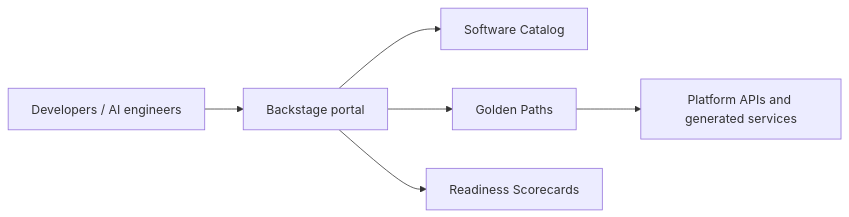
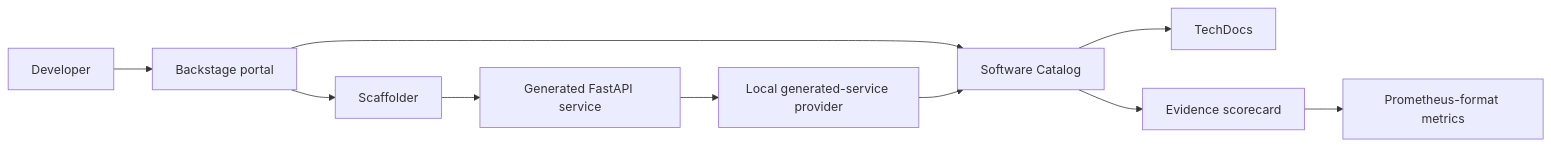
One commit to Bepoadewale/ai-developer-platform changed the diagram in README.md. Above: the diagram before and after it, drawn with Mermaid. The commit also changed other lines of this file and 6 other files, not shown here.

Commit message:
docs: record executed developer platform evidence

````diff
--- a/README.md
+++ b/README.md
@@ -9,8 +39,12 @@
 ```mermaid
 flowchart LR
- D[Developers / AI engineers] --> B[Backstage portal]
- B --> C[Software Catalog]
- B --> T[Golden Paths]
- B --> S[Readiness Scorecards]
- T --> P[Platform APIs and generated services]
+  D[Developer] --> B[Backstage portal]
+  B --> C[Software Catalog]
+  B --> S[Scaffolder]
+  S --> G[Generated FastAPI service]
+  G --> P[Local generated-service provider]
+  P --> C
+  C --> T[TechDocs]
+  C --> R[Evidence scorecard]
+  R --> M[Prometheus-format metrics]
 ```
````
